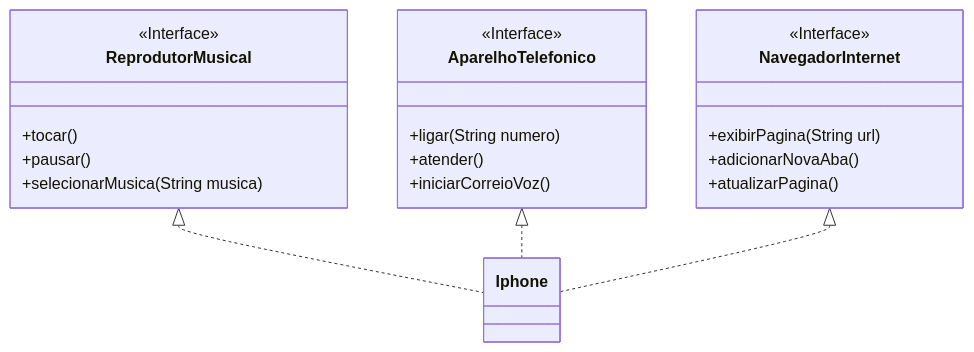
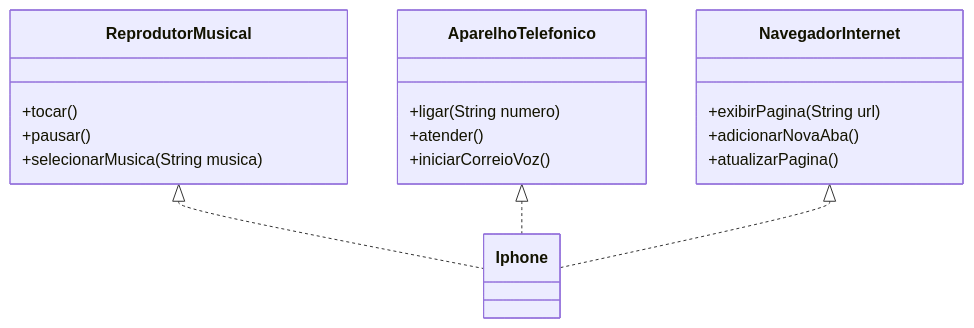
The diagram in DesafioUML/Readme.md (Germanovidal/santanter_dio), drawn with Mermaid before and after one commit.

Commit message:
Readme.md

````diff
--- a/DesafioUML/Readme.md
+++ b/DesafioUML/Readme.md
@@ -5,31 +5,28 @@
 ```mermaid
 classDiagram
     class ReprodutorMusical {
-        <<Interface>>
         +tocar()
         +pausar()
         +selecionarMusica(String musica)
     }
 
     class AparelhoTelefonico {
-        <<Interface>>
         +ligar(String numero)
         +atender()
         +iniciarCorreioVoz()
     }
 
     class NavegadorInternet {
-        <<Interface>>
         +exibirPagina(String url)
         +adicionarNovaAba()
         +atualizarPagina()
     }
 
     class Iphone {
         
     }
 
     ReprodutorMusical <|.. Iphone
     AparelhoTelefonico <|.. Iphone
     NavegadorInternet <|.. Iphone
 ```
````
